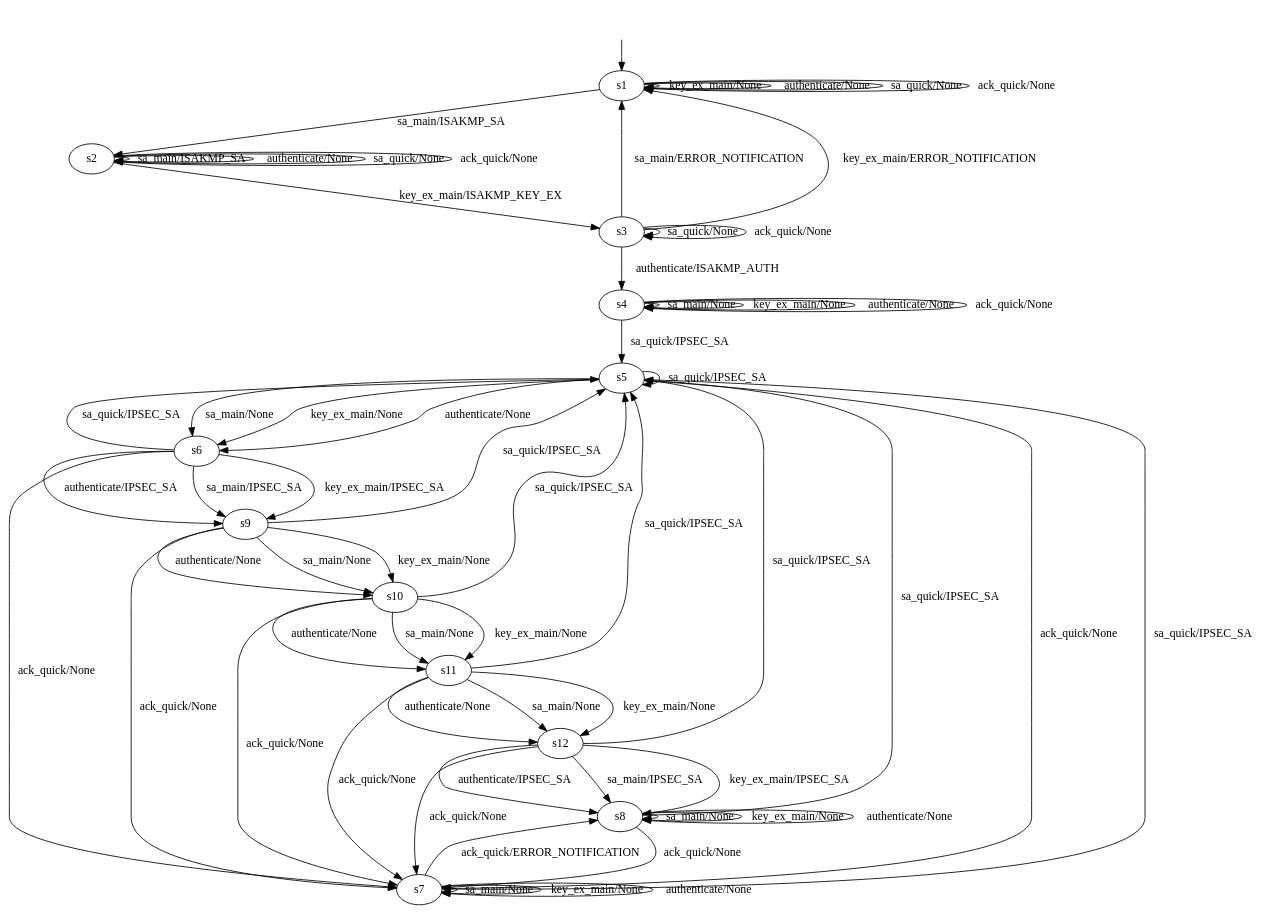
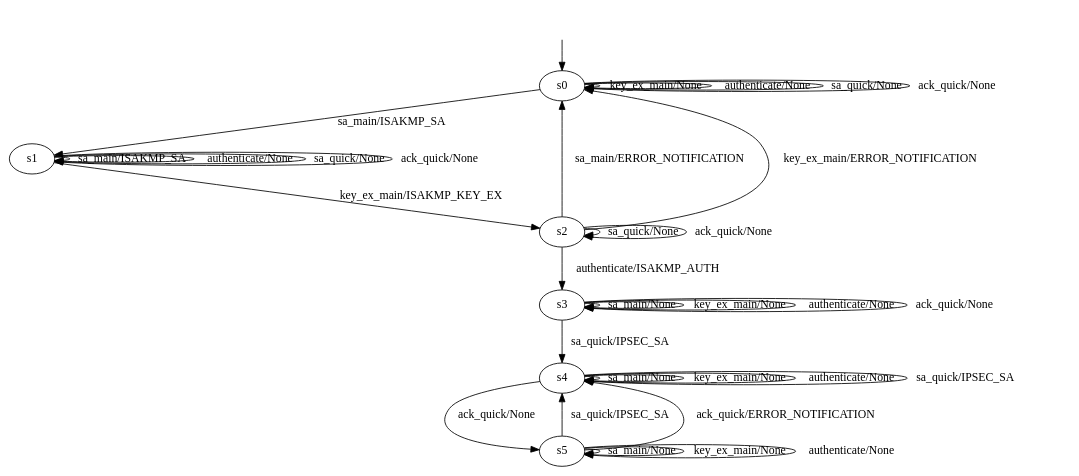
The diagram in src/this.dot.dot (benjowun/VPN-AL), drawn with Graphviz before and after one commit. The commit also changed 6 other files, not shown here.

```diff
--- a/src/this.dot.dot
+++ b/src/this.dot.dot
@@ -1,76 +1,40 @@
 digraph "this.dot" {
+s0 [label=s0];
 s1 [label=s1];
 s2 [label=s2];
 s3 [label=s3];
 s4 [label=s4];
 s5 [label=s5];
-s6 [label=s6];
-s7 [label=s7];
-s8 [label=s8];
-s9 [label=s9];
-s10 [label=s10];
-s11 [label=s11];
-s12 [label=s12];
-s1 -> s2  [label="sa_main/ISAKMP_SA"];
-s1 -> s1  [label="key_ex_main/None"];
+s0 -> s1  [label="sa_main/ISAKMP_SA"];
+s0 -> s0  [label="key_ex_main/None"];
+s0 -> s0  [label="authenticate/None"];
+s0 -> s0  [label="sa_quick/None"];
+s0 -> s0  [label="ack_quick/None"];
+s1 -> s1  [label="sa_main/ISAKMP_SA"];
+s1 -> s2  [label="key_ex_main/ISAKMP_KEY_EX"];
 s1 -> s1  [label="authenticate/None"];
 s1 -> s1  [label="sa_quick/None"];
 s1 -> s1  [label="ack_quick/None"];
-s2 -> s2  [label="sa_main/ISAKMP_SA"];
-s2 -> s3  [label="key_ex_main/ISAKMP_KEY_EX"];
-s2 -> s2  [label="authenticate/None"];
+s2 -> s0  [label="sa_main/ERROR_NOTIFICATION"];
+s2 -> s0  [label="key_ex_main/ERROR_NOTIFICATION"];
+s2 -> s3  [label="authenticate/ISAKMP_AUTH"];
 s2 -> s2  [label="sa_quick/None"];
 s2 -> s2  [label="ack_quick/None"];
-s3 -> s1  [label="sa_main/ERROR_NOTIFICATION"];
-s3 -> s1  [label="key_ex_main/ERROR_NOTIFICATION"];
-s3 -> s4  [label="authenticate/ISAKMP_AUTH"];
-s3 -> s3  [label="sa_quick/None"];
+s3 -> s3  [label="sa_main/None"];
+s3 -> s3  [label="key_ex_main/None"];
+s3 -> s3  [label="authenticate/None"];
+s3 -> s4  [label="sa_quick/IPSEC_SA"];
 s3 -> s3  [label="ack_quick/None"];
 s4 -> s4  [label="sa_main/None"];
 s4 -> s4  [label="key_ex_main/None"];
 s4 -> s4  [label="authenticate/None"];
-s4 -> s5  [label="sa_quick/IPSEC_SA"];
-s4 -> s4  [label="ack_quick/None"];
-s5 -> s6  [label="sa_main/None"];
-s5 -> s6  [label="key_ex_main/None"];
-s5 -> s6  [label="authenticate/None"];
-s5 -> s5  [label="sa_quick/IPSEC_SA"];
-s5 -> s7  [label="ack_quick/None"];
-s6 -> s9  [label="sa_main/IPSEC_SA"];
-s6 -> s9  [label="key_ex_main/IPSEC_SA"];
-s6 -> s9  [label="authenticate/IPSEC_SA"];
-s6 -> s5  [label="sa_quick/IPSEC_SA"];
-s6 -> s7  [label="ack_quick/None"];
-s7 -> s7  [label="sa_main/None"];
-s7 -> s7  [label="key_ex_main/None"];
-s7 -> s7  [label="authenticate/None"];
-s7 -> s5  [label="sa_quick/IPSEC_SA"];
-s7 -> s8  [label="ack_quick/ERROR_NOTIFICATION"];
-s8 -> s8  [label="sa_main/None"];
-s8 -> s8  [label="key_ex_main/None"];
-s8 -> s8  [label="authenticate/None"];
-s8 -> s5  [label="sa_quick/IPSEC_SA"];
-s8 -> s7  [label="ack_quick/None"];
-s9 -> s10  [label="sa_main/None"];
-s9 -> s10  [label="key_ex_main/None"];
-s9 -> s10  [label="authenticate/None"];
-s9 -> s5  [label="sa_quick/IPSEC_SA"];
-s9 -> s7  [label="ack_quick/None"];
-s10 -> s11  [label="sa_main/None"];
-s10 -> s11  [label="key_ex_main/None"];
-s10 -> s11  [label="authenticate/None"];
-s10 -> s5  [label="sa_quick/IPSEC_SA"];
-s10 -> s7  [label="ack_quick/None"];
-s11 -> s12  [label="sa_main/None"];
-s11 -> s12  [label="key_ex_main/None"];
-s11 -> s12  [label="authenticate/None"];
-s11 -> s5  [label="sa_quick/IPSEC_SA"];
-s11 -> s7  [label="ack_quick/None"];
-s12 -> s8  [label="sa_main/IPSEC_SA"];
-s12 -> s8  [label="key_ex_main/IPSEC_SA"];
-s12 -> s8  [label="authenticate/IPSEC_SA"];
-s12 -> s5  [label="sa_quick/IPSEC_SA"];
-s12 -> s7  [label="ack_quick/None"];
+s4 -> s4  [label="sa_quick/IPSEC_SA"];
+s4 -> s5  [label="ack_quick/None"];
+s5 -> s5  [label="sa_main/None"];
+s5 -> s5  [label="key_ex_main/None"];
+s5 -> s5  [label="authenticate/None"];
+s5 -> s4  [label="sa_quick/IPSEC_SA"];
+s5 -> s4  [label="ack_quick/ERROR_NOTIFICATION"];
 __start0 [label="", shape=none];
-__start0 -> s1  [label=""];
+__start0 -> s0  [label=""];
 }
```
